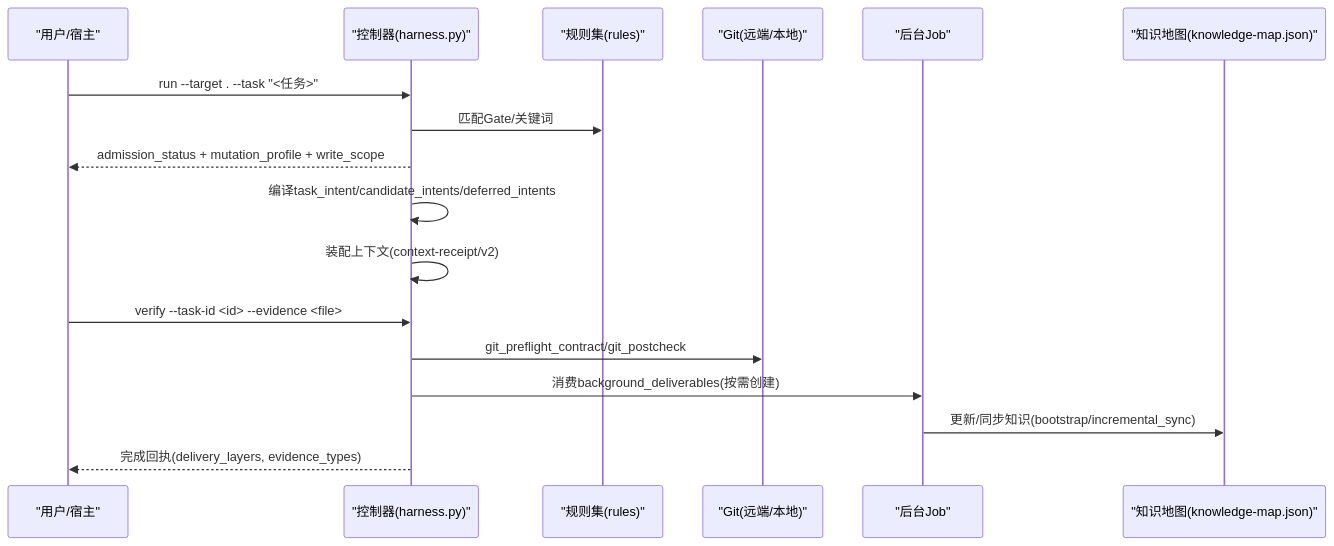
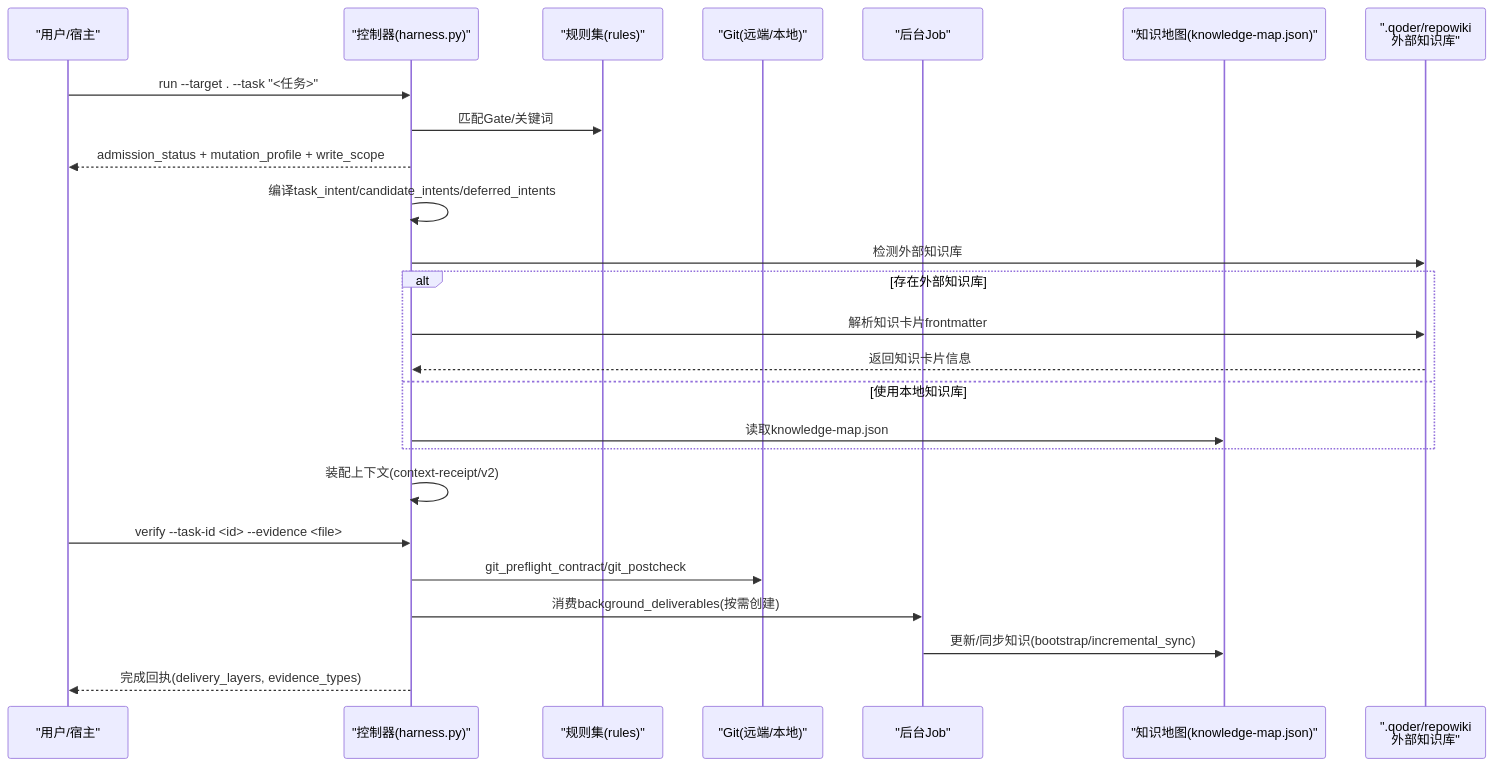
Before and after one commit to HackSing/docs-harness: the second of 8 diagrams in .qoder/repowiki/zh/content/知识管理/知识管理.md, drawn with Mermaid. The commit also changed other lines of this file and 32 other files, not shown here.

````diff
--- a/.qoder/repowiki/zh/content/知识管理/知识管理.md
+++ b/.qoder/repowiki/zh/content/知识管理/知识管理.md
@@ -81,19 +90,27 @@
 ```mermaid
 sequenceDiagram
 participant U as "用户/宿主"
 participant CLI as "控制器(harness.py)"
 participant RULE as "规则集(rules)"
 participant GIT as "Git(远端/本地)"
 participant JOB as "后台Job"
 participant KMAP as "知识地图(knowledge-map.json)"
+participant REPOWIKI as ".qoder/repowiki<br/>外部知识库"
 U->>CLI : run --target . --task "<任务>"
 CLI->>RULE : 匹配Gate/关键词
 CLI-->>U : admission_status + mutation_profile + write_scope
 CLI->>CLI : 编译task_intent/candidate_intents/deferred_intents
+CLI->>REPOWIKI : 检测外部知识库
+alt 存在外部知识库
+CLI->>REPOWIKI : 解析知识卡片frontmatter
+REPOWIKI-->>CLI : 返回知识卡片信息
+else 使用本地知识库
+CLI->>KMAP : 读取knowledge-map.json
+end
 CLI->>CLI : 装配上下文(context-receipt/v2)
 U->>CLI : verify --task-id <id> --evidence <file>
 CLI->>GIT : git_preflight_contract/git_postcheck
 CLI->>JOB : 消费background_deliverables(按需创建)
 JOB->>KMAP : 更新/同步知识(bootstrap/incremental_sync)
 CLI-->>U : 完成回执(delivery_layers, evidence_types)
 ```
````
